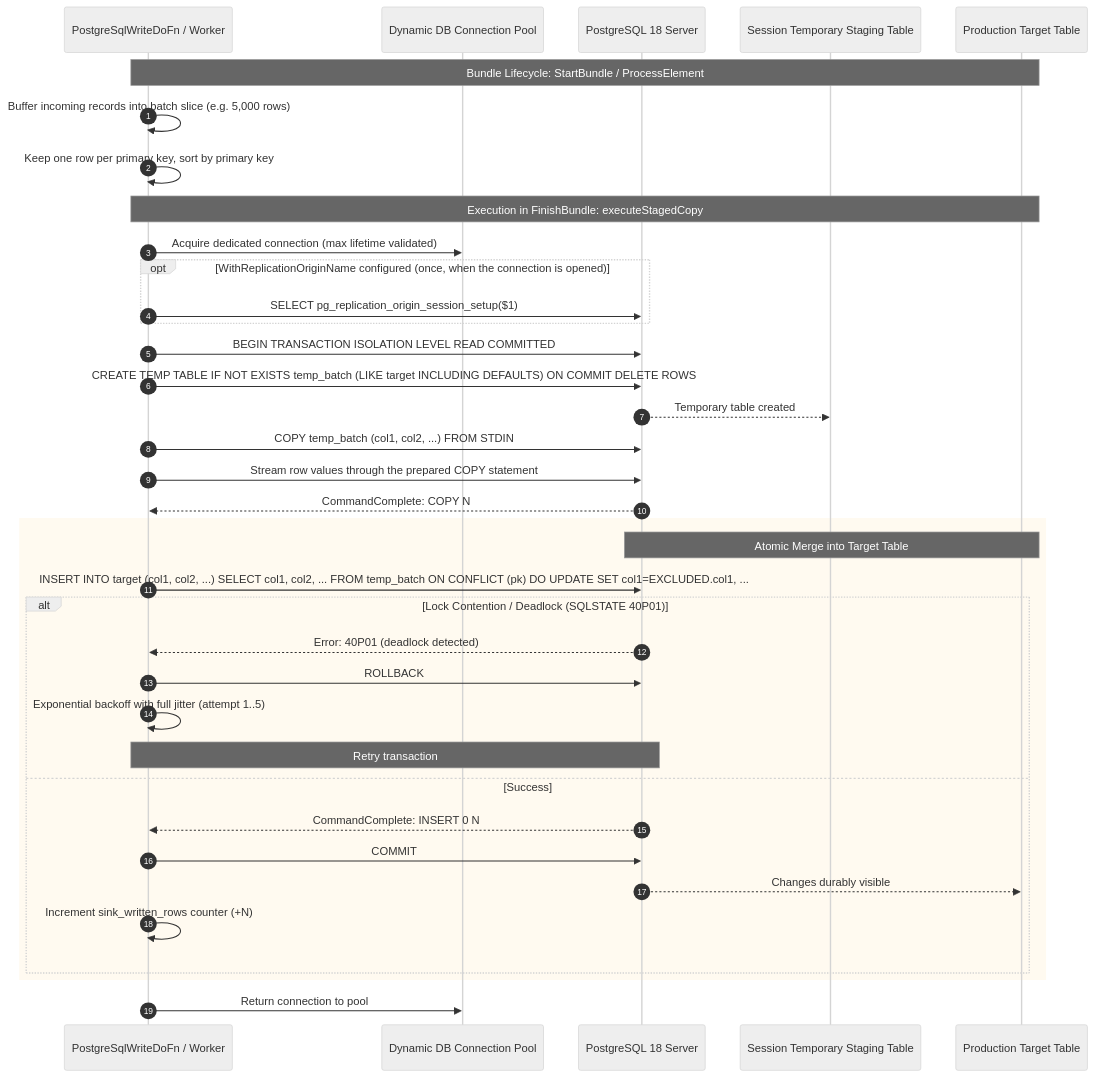
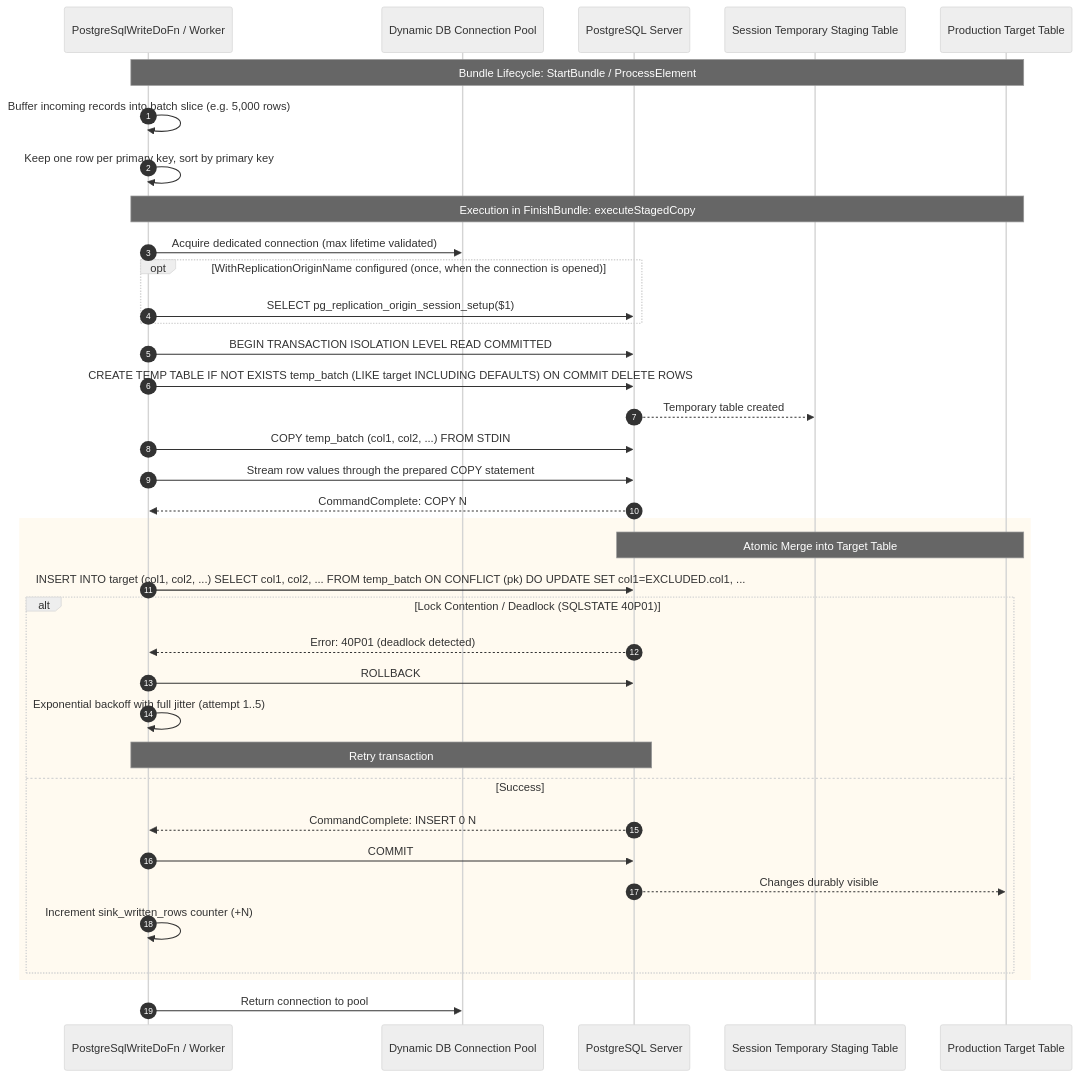
Before and after one commit to apache/beam: the diagram in sdks/go/pkg/beam/io/postgresio/CONTRIBUTING.md, drawn with Mermaid (neutral theme). The commit also changed other lines of this file and 7 other files, not shown here.

First line of the commit message:
[Go SDK] PostgreSQLIO: update docs for PostgreSQL 19 and make comments self-contained

````diff
--- a/sdks/go/pkg/beam/io/postgresio/CONTRIBUTING.md
+++ b/sdks/go/pkg/beam/io/postgresio/CONTRIBUTING.md
@@ -33,46 +33,46 @@
 ```mermaid
 sequenceDiagram
     autonumber
     participant DoFn as PostgreSqlWriteDoFn / Worker
     participant Pool as Dynamic DB Connection Pool
-    participant PG as PostgreSQL 18 Server
+    participant PG as PostgreSQL Server
     participant Temp as Session Temporary Staging Table
     participant Target as Production Target Table
 
     Note over DoFn,Target: Bundle Lifecycle: StartBundle / ProcessElement
     DoFn->>DoFn: Buffer incoming records into batch slice (e.g. 5,000 rows)
     DoFn->>DoFn: Keep one row per primary key, sort by primary key
 
     Note over DoFn,Target: Execution in FinishBundle: executeStagedCopy
     DoFn->>Pool: Acquire dedicated connection (max lifetime validated)
 
     opt WithReplicationOriginName configured (once, when the connection is opened)
         DoFn->>PG: SELECT pg_replication_origin_session_setup($1)
     end
 
     DoFn->>PG: BEGIN TRANSACTION ISOLATION LEVEL READ COMMITTED
 
     DoFn->>PG: CREATE TEMP TABLE IF NOT EXISTS temp_batch (LIKE target INCLUDING DEFAULTS) ON COMMIT DELETE ROWS
     PG-->>Temp: Temporary table created
 
     DoFn->>PG: COPY temp_batch (col1, col2, ...) FROM STDIN
     DoFn->>PG: Stream row values through the prepared COPY statement
     PG-->>DoFn: CommandComplete: COPY N
 
     rect rgb(255, 250, 240)
         Note over PG,Target: Atomic Merge into Target Table
         DoFn->>PG: INSERT INTO target (col1, col2, ...) SELECT col1, col2, ... FROM temp_batch ON CONFLICT (pk) DO UPDATE SET col1=EXCLUDED.col1, ...
         alt Lock Contention / Deadlock (SQLSTATE 40P01)
             PG-->>DoFn: Error: 40P01 (deadlock detected)
             DoFn->>PG: ROLLBACK
             DoFn->>DoFn: Exponential backoff with full jitter (attempt 1..5)
             Note over DoFn,PG: Retry transaction
         else Success
             PG-->>DoFn: CommandComplete: INSERT 0 N
             DoFn->>PG: COMMIT
             PG-->>Target: Changes durably visible
             DoFn->>DoFn: Increment sink_written_rows counter (+N)
         end
     end
     DoFn->>Pool: Return connection to pool
 ```
````
